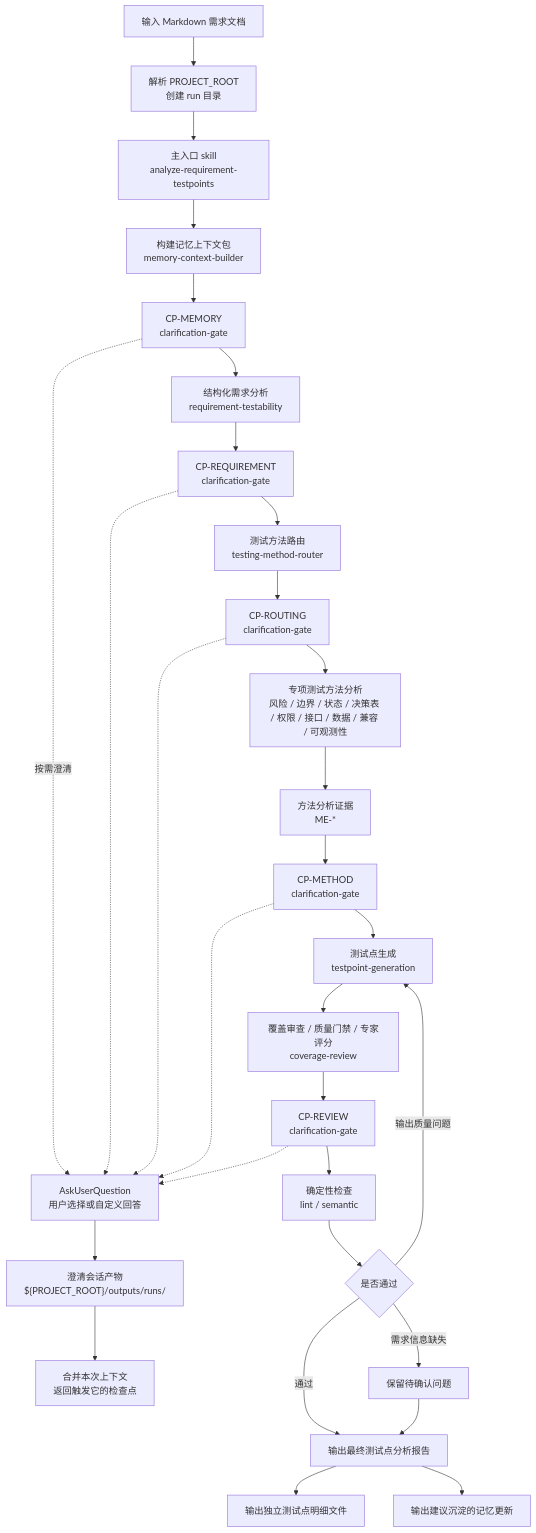
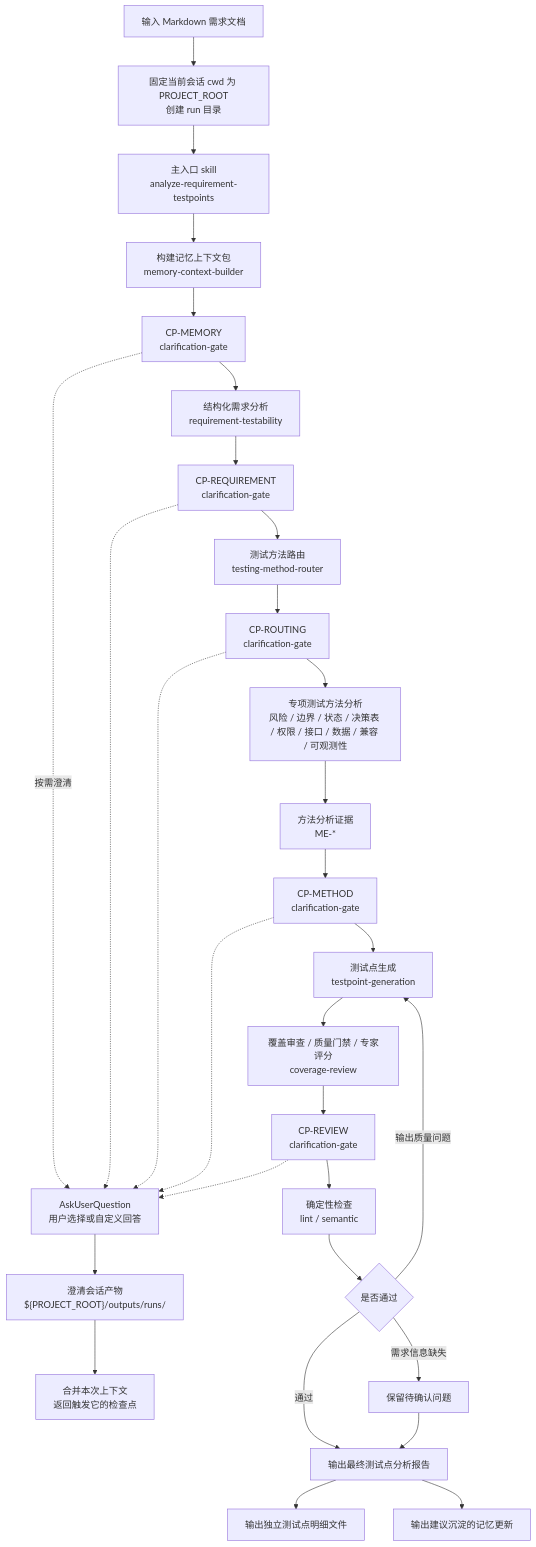
The third of 8 diagrams in docs/test-analysis-agent-design.md (szluoqy-byte/Test-Analysis-Agent), drawn with Mermaid before and after one commit. The commit also changed other lines of this file and 5 other files, not shown here.

Commit message:
fix: simplify project root resolution

````diff
--- a/docs/test-analysis-agent-design.md
+++ b/docs/test-analysis-agent-design.md
@@ -179,32 +179,32 @@
 ```mermaid
 flowchart TD
-  A["输入 Markdown 需求文档"] --> PR["解析 PROJECT_ROOT\n创建 run 目录"]
+  A["输入 Markdown 需求文档"] --> PR["固定当前会话 cwd 为 PROJECT_ROOT\n创建 run 目录"]
   PR --> B["主入口 skill\nanalyze-requirement-testpoints"]
   B --> C["构建记忆上下文包\nmemory-context-builder"]
   C --> C1["CP-MEMORY\nclarification-gate"]
   C1 --> D["结构化需求分析\nrequirement-testability"]
   D --> C2["CP-REQUIREMENT\nclarification-gate"]
   C2 --> E["测试方法路由\ntesting-method-router"]
   E --> C3["CP-ROUTING\nclarification-gate"]
   C3 --> F["专项测试方法分析\n风险 / 边界 / 状态 / 决策表 / 权限 / 接口 / 数据 / 兼容 / 可观测性"]
   F --> EV["方法分析证据\nME-*"]
   EV --> C4["CP-METHOD\nclarification-gate"]
   C4 --> G["测试点生成\ntestpoint-generation"]
   G --> H["覆盖审查 / 质量门禁 / 专家评分\ncoverage-review"]
   H --> C5["CP-REVIEW\nclarification-gate"]
   C1 -. 按需澄清 .-> AUQ["AskUserQuestion\n用户选择或自定义回答"]
   C2 -.-> AUQ
   C3 -.-> AUQ
   C4 -.-> AUQ
   C5 -.-> AUQ
   AUQ --> CS["澄清会话产物\n${PROJECT_ROOT}/outputs/runs/<run-id>"]
   CS --> Resume["合并本次上下文\n返回触发它的检查点"]
   C5 --> J["确定性检查\nlint / semantic"]
   J --> K{"是否通过"}
   K -- "通过" --> L["输出最终测试点分析报告"]
   K -- "输出质量问题" --> G
   K -- "需求信息缺失" --> M["保留待确认问题"]
   M --> L
   L --> DTL["输出独立测试点明细文件"]
   L --> N["输出建议沉淀的记忆更新"]
 ```
````
